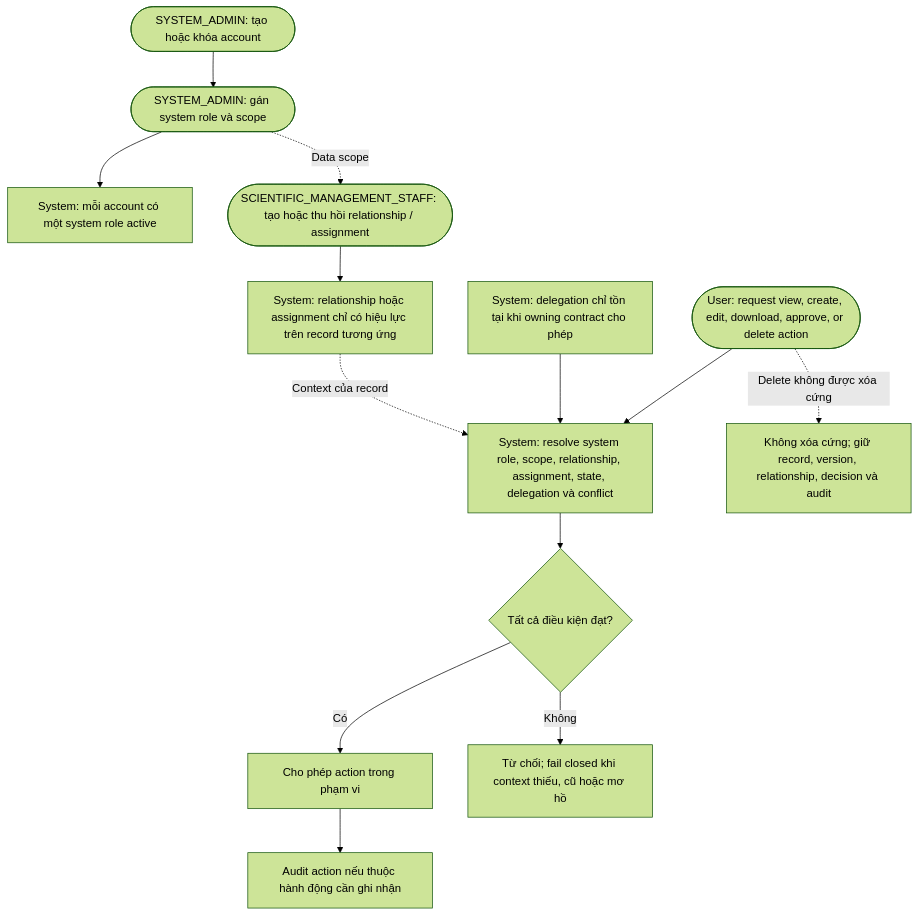
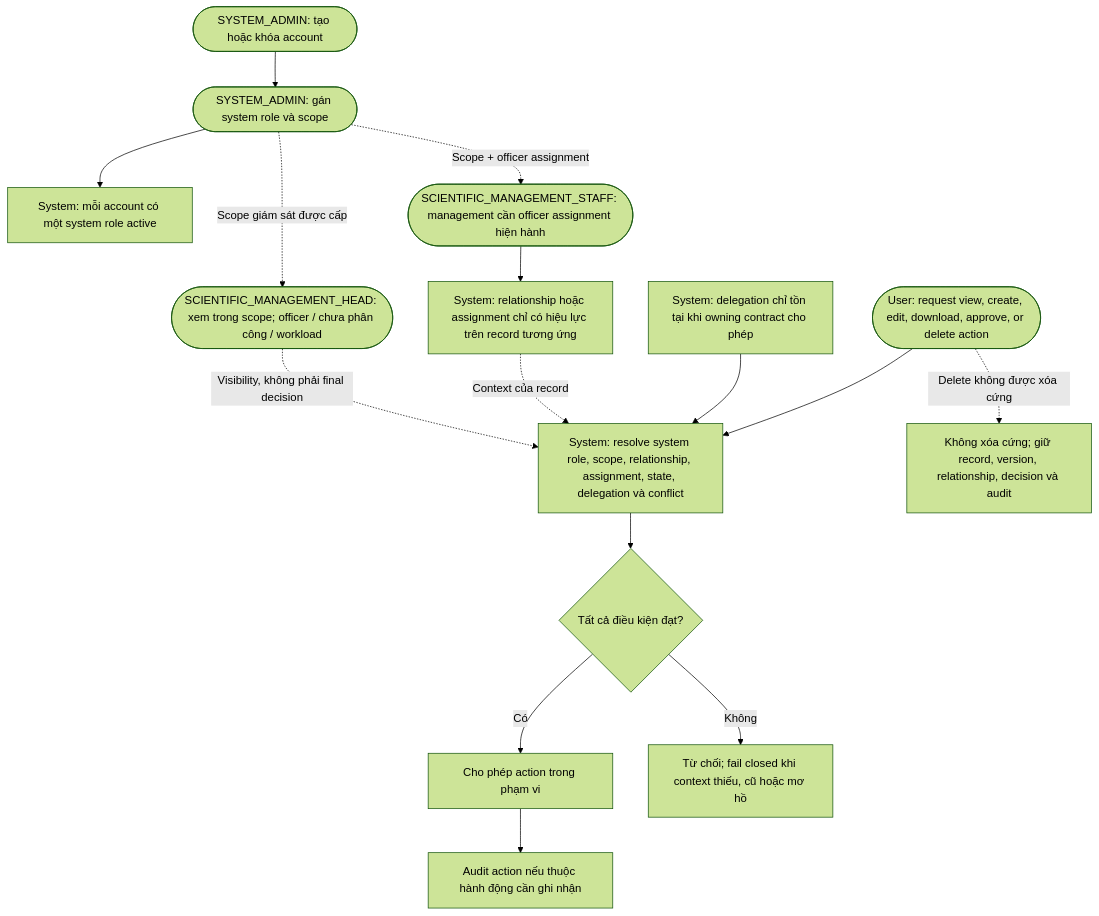
The diagram in docs/diagrams/authorization.md (thanhdotien278/DocManS), drawn with Mermaid (forest theme) before and after one commit. The commit also changed 32 other files, not shown here.

Commit message:
docs: split scientific management authorization roles

````diff
--- a/docs/diagrams/authorization.md
+++ b/docs/diagrams/authorization.md
@@ -3,26 +3,29 @@
 ```mermaid
 flowchart TD
   admin(["SYSTEM_ADMIN: tạo hoặc khóa account"])
   role(["SYSTEM_ADMIN: gán system role và scope"])
   account["System: mỗi account có một system role active"]
-  staff(["SCIENTIFIC_MANAGEMENT_STAFF: tạo hoặc thu hồi relationship / assignment"])
+  head(["SCIENTIFIC_MANAGEMENT_HEAD: xem trong scope; officer / chưa phân công / workload"])
+  staff(["SCIENTIFIC_MANAGEMENT_STAFF: management cần officer assignment hiện hành"])
   record["System: relationship hoặc assignment chỉ có hiệu lực trên record tương ứng"]
   delegation_rules["System: delegation chỉ tồn tại khi owning contract cho phép"]
   action(["User: request view, create, edit, download, approve, or delete action"])
   context["System: resolve system role, scope, relationship, assignment, state, delegation và conflict"]
   allowed{"Tất cả điều kiện đạt?"}
   permit["Cho phép action trong phạm vi"]
   deny["Từ chối; fail closed khi context thiếu, cũ hoặc mơ hồ"]
   no_hard_delete["Không xóa cứng; giữ record, version, relationship, decision và audit"]
   audit["Audit action nếu thuộc hành động cần ghi nhận"]
 
   admin --> role --> account
-  role -. "Data scope" .-> staff
+  role -. "Scope giám sát được cấp" .-> head
+  role -. "Scope + officer assignment" .-> staff
   staff --> record
+  head -. "Visibility, không phải final decision" .-> context
   delegation_rules --> context
   action --> context --> allowed
   record -. "Context của record" .-> context
   allowed -- "Có" --> permit --> audit
   allowed -- "Không" --> deny
   action -. "Delete không được xóa cứng" .-> no_hard_delete
 ```
````
